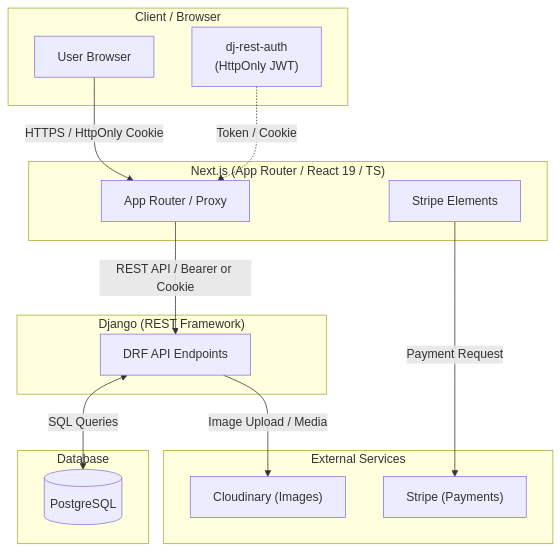
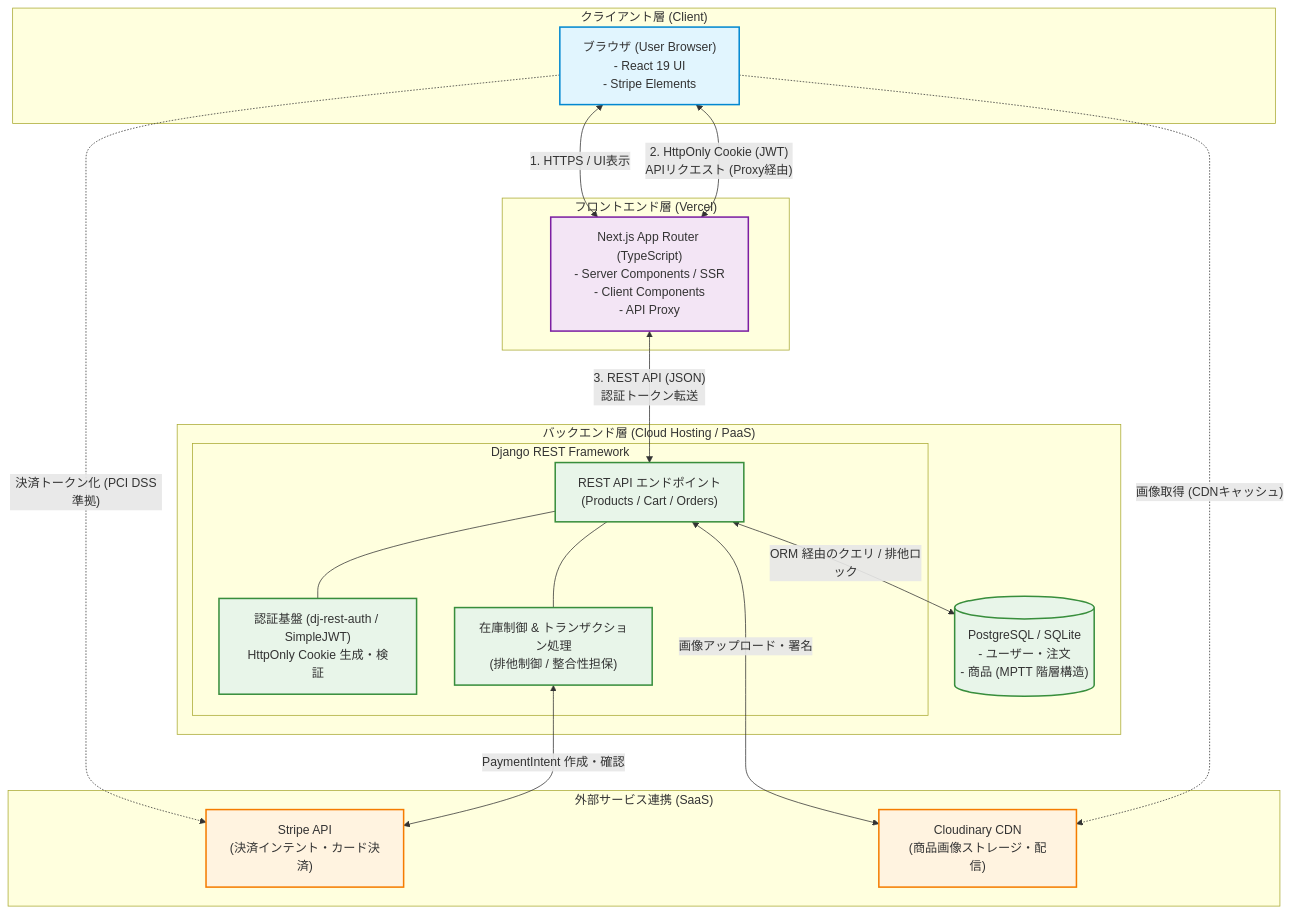
The diagram in README.md (u2service/ECsite), drawn with Mermaid before and after one commit.

Commit message:
docs: READMEの修正10

````diff
--- a/README.md
+++ b/README.md
@@ -83,40 +83,53 @@
 ```mermaid
-graph TD
+flowchart TB
     %% クライアント層
-    subgraph Client ["Client / Browser"]
-        User["User Browser"]
-        Auth["dj-rest-auth<br>(HttpOnly JWT)"]
+    subgraph ClientLayer ["クライアント層 (Client)"]
+        Browser["ブラウザ (User Browser)\n- React 19 UI\n- Stripe Elements"]
+    end
+
+    %% フロントエンド層
+    subgraph FrontendLayer ["フロントエンド層 (Vercel)"]
+        NextServer["Next.js App Router (TypeScript)\n- Server Components / SSR\n- Client Components\n- API Proxy"]
+    end
+
+    %% バックエンド層
+    subgraph BackendLayer ["バックエンド層 (Cloud Hosting / PaaS)"]
+        subgraph DRFApp ["Django REST Framework"]
+            APIViews["REST API エンドポイント\n(Products / Cart / Orders)"]
+            AuthModule["認証基盤 (dj-rest-auth / SimpleJWT)\nHttpOnly Cookie 生成・検証"]
+            StockLogic["在庫制御 & トランザクション処理\n(排他制御 / 整合性担保)"]
+        end
+        DB[("PostgreSQL / SQLite\n- ユーザー・注文\n- 商品 (MPTT 階層構造)")]
     end
 
     %% 外部サービス層
-    subgraph External ["External Services"]
-        Stripe["Stripe (Payments)"]
-        Cloudinary["Cloudinary (Images)"]
+    subgraph ExternalLayer ["外部サービス連携 (SaaS)"]
+        StripeAPI["Stripe API\n(決済インテント・カード決済)"]
+        CloudinaryAPI["Cloudinary CDN\n(商品画像ストレージ・配信)"]
     end
 
-    %% フロントエンド層
-    subgraph Frontend ["Next.js (App Router / React 19 / TS)"]
-        AppRouter["App Router / Proxy"]
-        StripeElements["Stripe Elements"]
-    end
+    %% 通信フロー
+Browser <-->|"1. HTTPS / UI表示"| NextServer
+Browser <-->|"2. HttpOnly Cookie (JWT)<br/>APIリクエスト (Proxy経由)" | NextServer
+NextServer <-->|"3. REST API (JSON)<br/>認証トークン転送" | APIViews
 
-    %% バックエンド層 (Django)
-    subgraph Backend ["Django (REST Framework)"]
-        API["DRF API Endpoints"]
-    end
+APIViews --- AuthModule
+APIViews --- StockLogic
+APIViews <-->|ORM 経由のクエリ / 排他ロック| DB
 
-    %% データベース層
-    subgraph Database ["Database"]
-        DB[(PostgreSQL)]
-    end
+Browser -.->|"決済トークン化 (PCI DSS準拠)"| StripeAPI
+StockLogic <-->|PaymentIntent 作成・確認| StripeAPI
+APIViews <-->|画像アップロード・署名| CloudinaryAPI
+Browser -.->|"画像取得 (CDNキャッシュ)"| CloudinaryAPI
 
-    %% 接続関係
-    User -->|HTTPS / HttpOnly Cookie| AppRouter
-    AppRouter -->|REST API / Bearer or Cookie| API
-    API <-->|SQL Queries| DB
+%% スタイル調整
+classDef client fill:#e1f5fe,stroke:#0288d1,stroke-width:2px;
+classDef front fill:#f3e5f5,stroke:#7b1fa2,stroke-width:2px;
+classDef back fill:#e8f5e9,stroke:#388e3c,stroke-width:2px;
+classDef ext fill:#fff3e0,stroke:#f57c00,stroke-width:2px;
 
-    %% 認証・外部連携
-    Auth -.->|Token / Cookie| AppRouter
-    StripeElements -->|Payment Request| Stripe
-    API -->|Image Upload / Media| Cloudinary                     
+class Browser client;
+class NextServer front;
+class APIViews,AuthModule,StockLogic,DB back;
+class StripeAPI,CloudinaryAPI ext;                  
 ```
````
